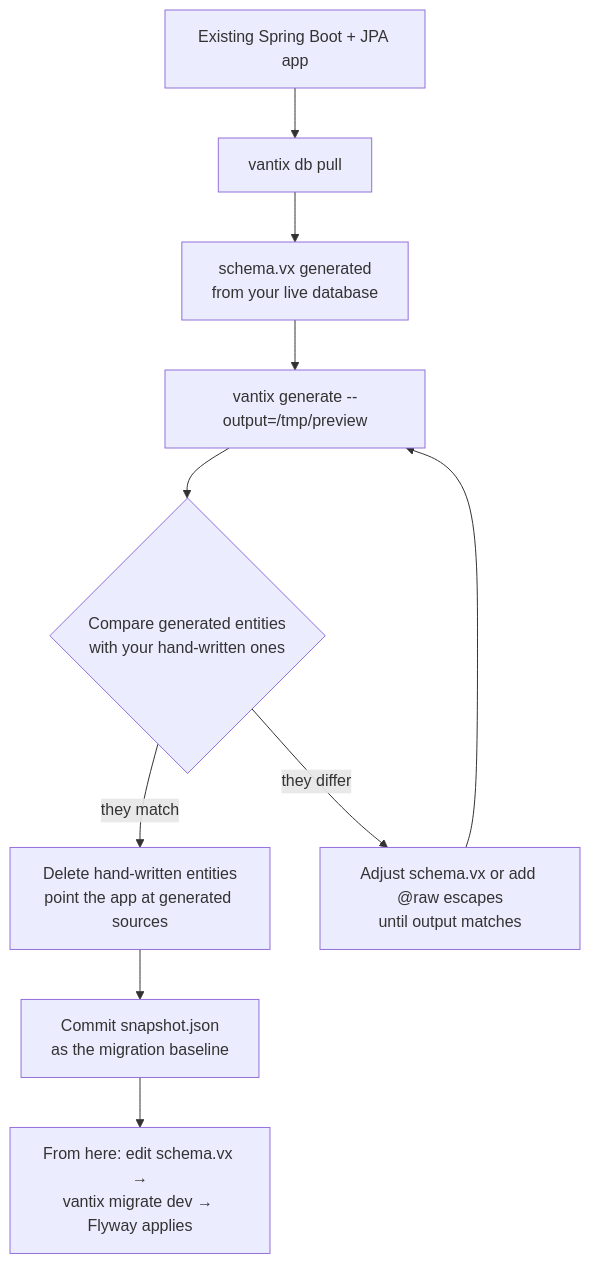
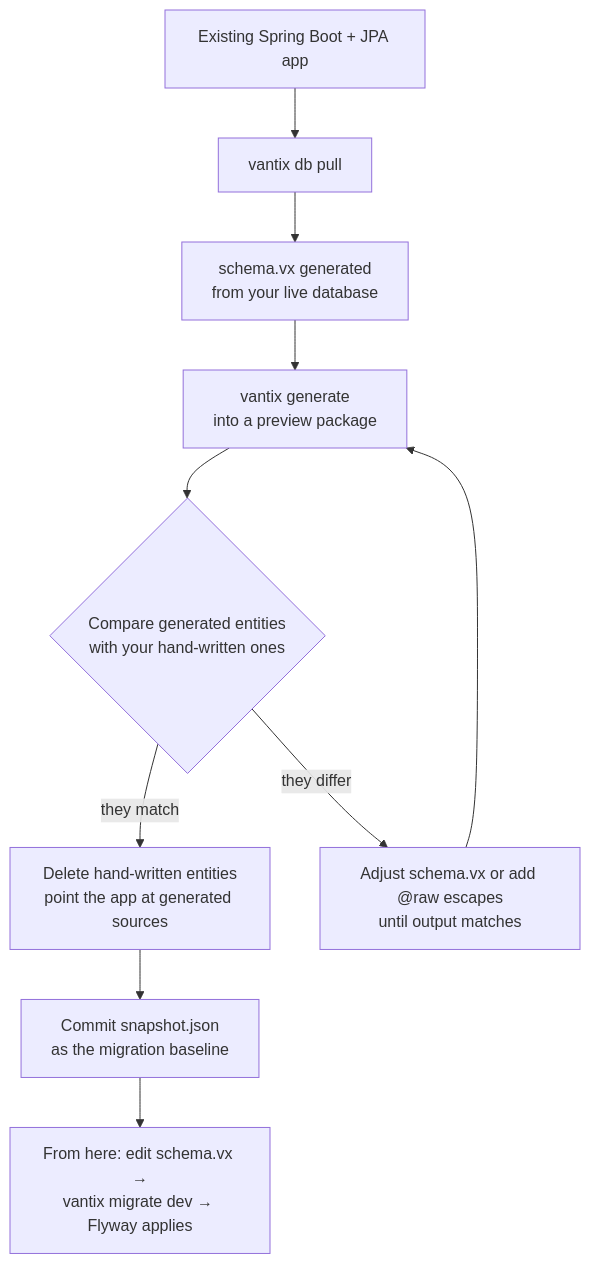
Before and after one commit to Tanmay-Anand/Vantix: the fifth of 6 diagrams in README.md, drawn with Mermaid. The commit also changed other lines of this file and 239 other files, not shown here.

````diff
--- a/README.md
+++ b/README.md
@@ -650,12 +656,12 @@
 ```mermaid
 flowchart TD
     A["Existing Spring Boot + JPA app"] --> B["vantix db pull"]
     B --> C["schema.vx generated<br/>from your live database"]
-    C --> D["vantix generate --output=/tmp/preview"]
+    C --> D["vantix generate<br/>into a preview package"]
     D --> E{"Compare generated entities<br/>with your hand-written ones"}
     E -->|"they match"| F["Delete hand-written entities<br/>point the app at generated sources"]
     E -->|"they differ"| G["Adjust schema.vx or add @raw escapes<br/>until output matches"]
     G --> D
     F --> H["Commit snapshot.json<br/>as the migration baseline"]
     H --> I["From here: edit schema.vx →<br/>vantix migrate dev → Flyway applies"]
 ```
````
